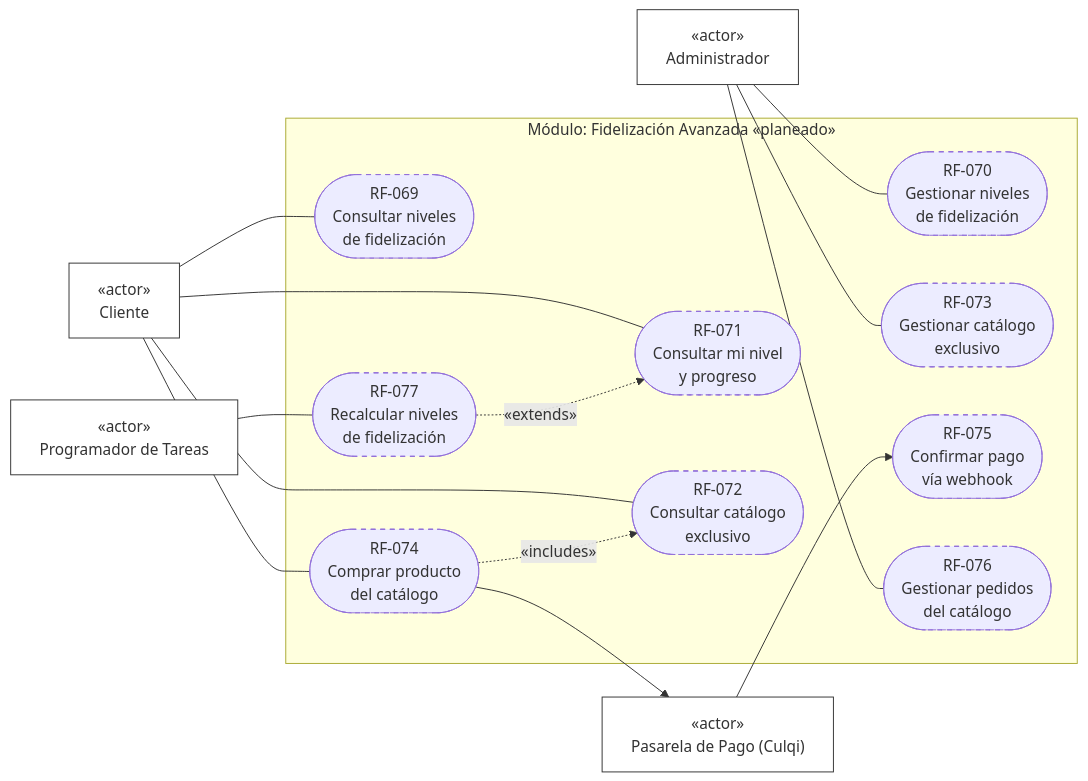
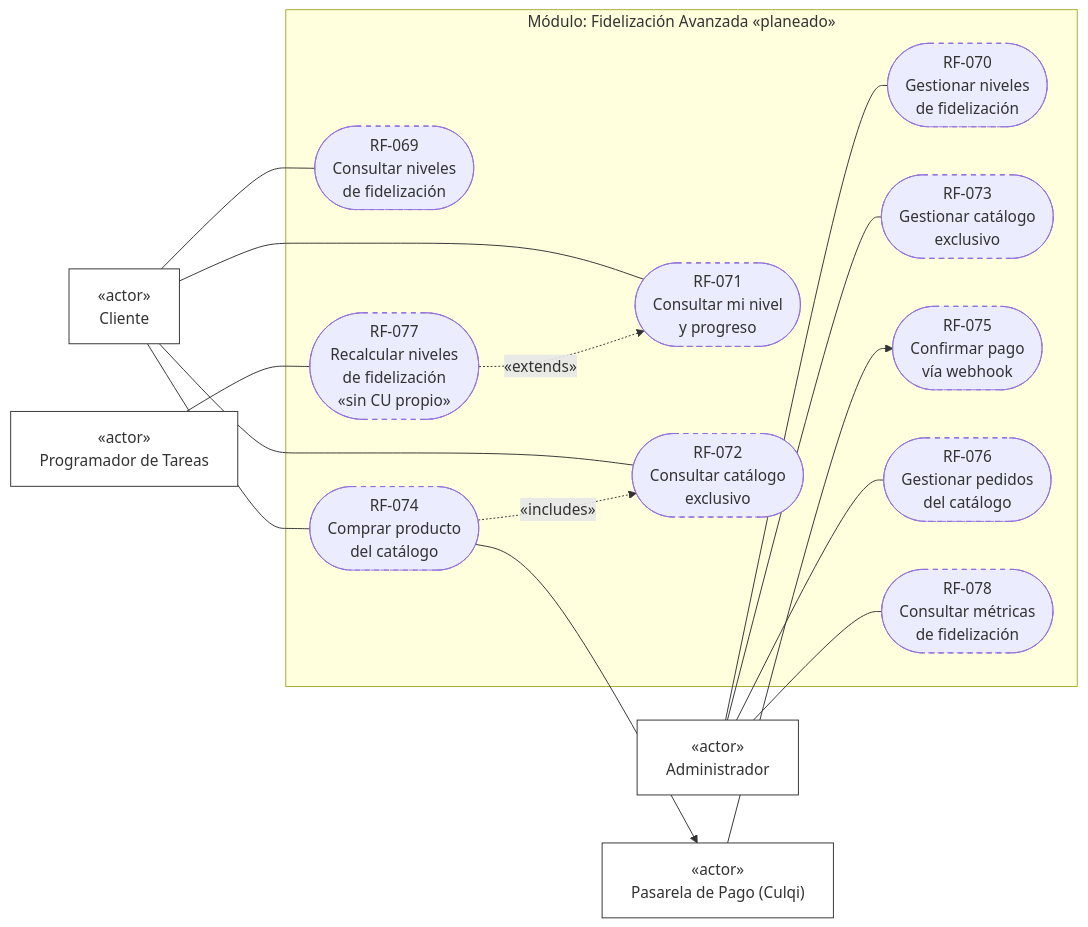
Before and after one commit to Alezzandromv/welve: the tenth of 10 diagrams in docs/tesis/11_REQUERIMIENTOS_FUNCIONALES.md, drawn with Mermaid. The commit also changed other lines of this file and 9 other files, not shown here.

````diff
--- a/docs/tesis/11_REQUERIMIENTOS_FUNCIONALES.md
+++ b/docs/tesis/11_REQUERIMIENTOS_FUNCIONALES.md
@@ -435,38 +435,40 @@
 ```mermaid
 flowchart LR
     Cliente["«actor»<br/>Cliente"]
     Admin["«actor»<br/>Administrador"]
     Culqi["«actor»<br/>Pasarela de Pago (Culqi)"]
     Beat["«actor»<br/>Programador de Tareas"]
 
     subgraph M10["Módulo: Fidelización Avanzada «planeado»"]
         RF069(["RF-069<br/>Consultar niveles<br/>de fidelización"])
         RF070(["RF-070<br/>Gestionar niveles<br/>de fidelización"])
         RF071(["RF-071<br/>Consultar mi nivel<br/>y progreso"])
         RF072(["RF-072<br/>Consultar catálogo<br/>exclusivo"])
         RF073(["RF-073<br/>Gestionar catálogo<br/>exclusivo"])
         RF074(["RF-074<br/>Comprar producto<br/>del catálogo"])
         RF075(["RF-075<br/>Confirmar pago<br/>vía webhook"])
         RF076(["RF-076<br/>Gestionar pedidos<br/>del catálogo"])
-        RF077(["RF-077<br/>Recalcular niveles<br/>de fidelización"])
+        RF077(["RF-077<br/>Recalcular niveles<br/>de fidelización<br/>«sin CU propio»"])
+        RF078(["RF-078<br/>Consultar métricas<br/>de fidelización"])
     end
 
     Cliente --- RF069
     Admin --- RF070
     Cliente --- RF071
     Cliente --- RF072
     Admin --- RF073
     Cliente --- RF074
     RF074 --> Culqi
     Culqi --> RF075
     Admin --- RF076
     Beat --- RF077
+    Admin --- RF078
 
     RF074 -. "«includes»" .-> RF072
     RF077 -. "«extends»" .-> RF071
 
     classDef actor fill:#fff,stroke:#333,stroke-width:1px
     classDef planeado stroke-dasharray: 5 5
     class Cliente,Admin,Culqi,Beat actor
-    class RF069,RF070,RF071,RF072,RF073,RF074,RF075,RF076,RF077 planeado
+    class RF069,RF070,RF071,RF072,RF073,RF074,RF075,RF076,RF077,RF078 planeado
 ```
````
